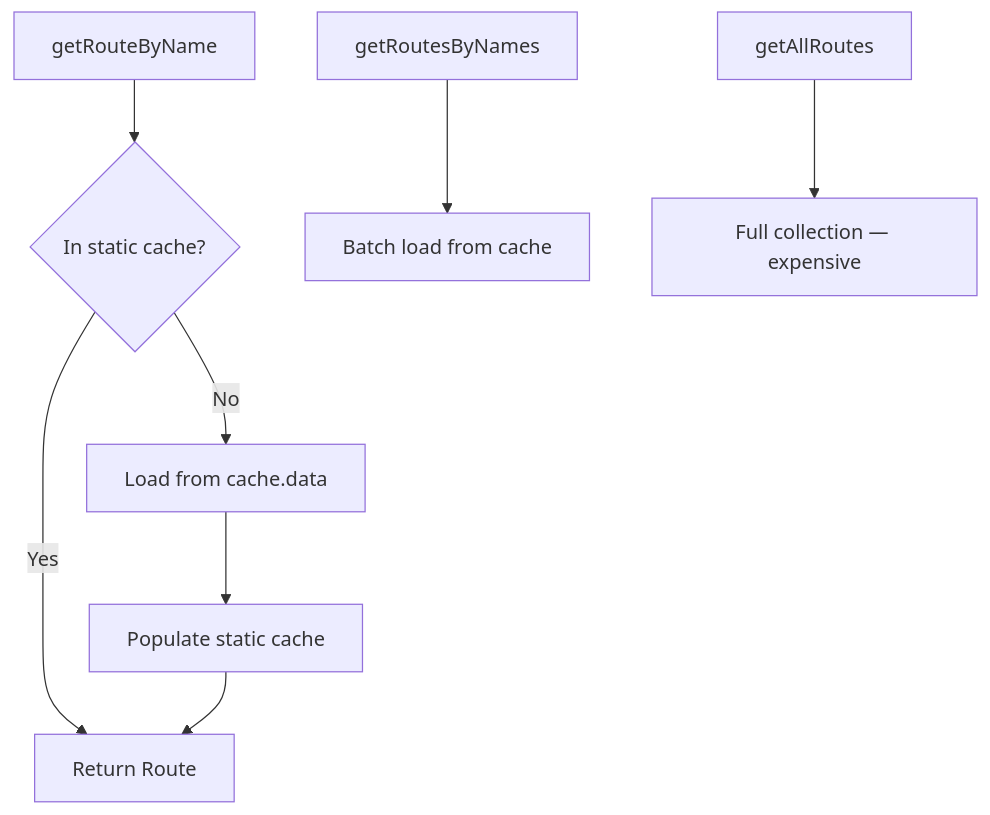
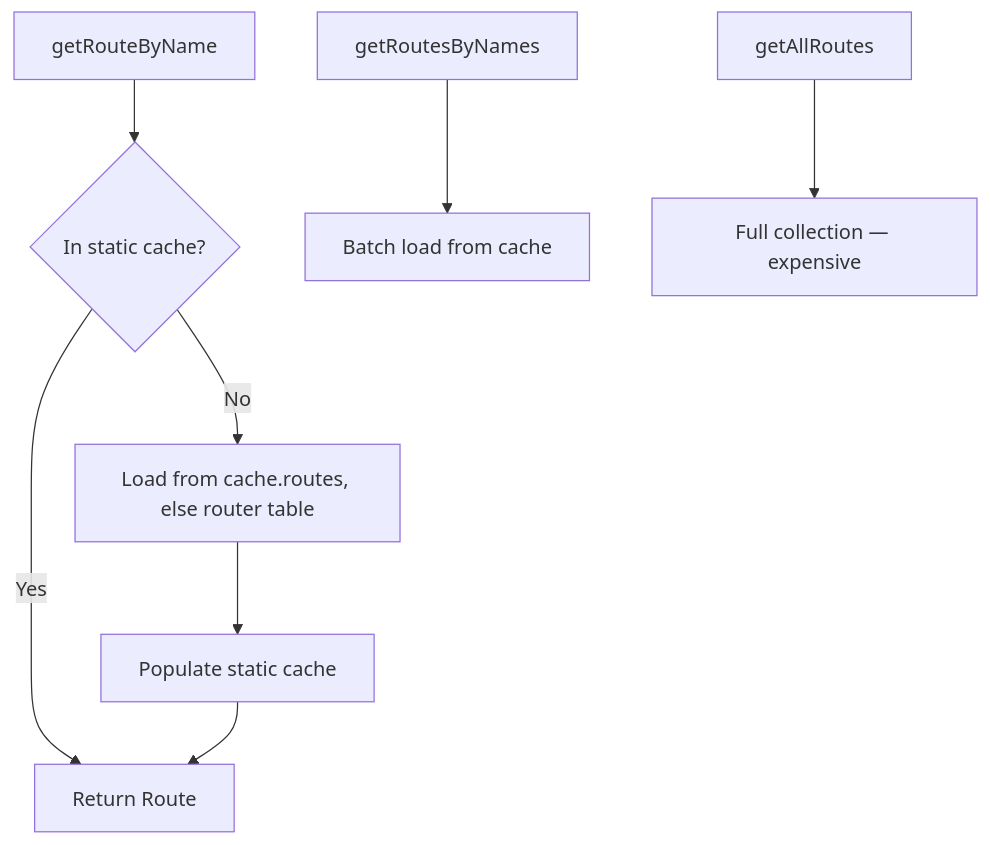
The first of 2 diagrams in docs/internals/route-inspection.md (amitmaity/drupal-docs), drawn with Mermaid before and after one commit. The commit also changed other lines of this file and 83 other files, not shown here.

````diff
--- a/docs/internals/route-inspection.md
+++ b/docs/internals/route-inspection.md
@@ -90,11 +89,11 @@
 ```mermaid
 flowchart TD
     A[getRouteByName] --> B{In static cache?}
     B -->|Yes| C[Return Route]
-    B -->|No| D[Load from cache.data]
+    B -->|No| D[Load from cache.routes, else router table]
     D --> E[Populate static cache]
     E --> C
 
     F[getRoutesByNames] --> G[Batch load from cache]
     H[getAllRoutes] --> I[Full collection — expensive]
 ```
````
